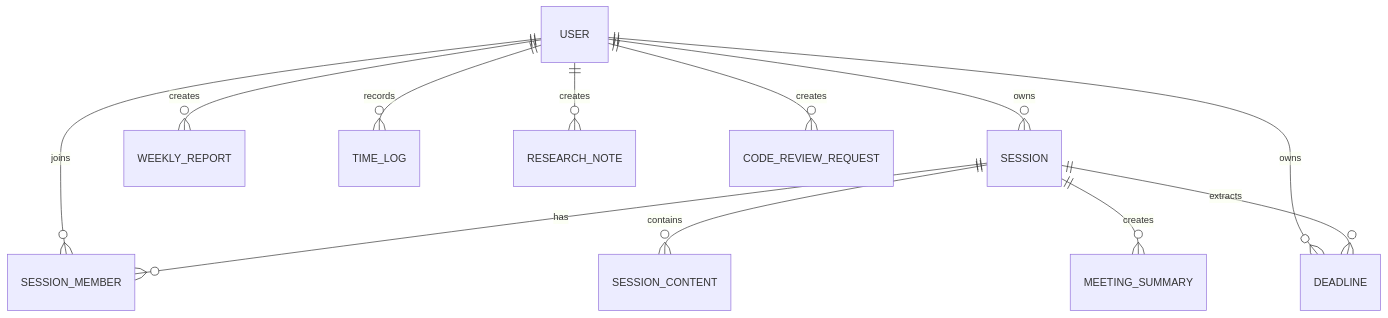
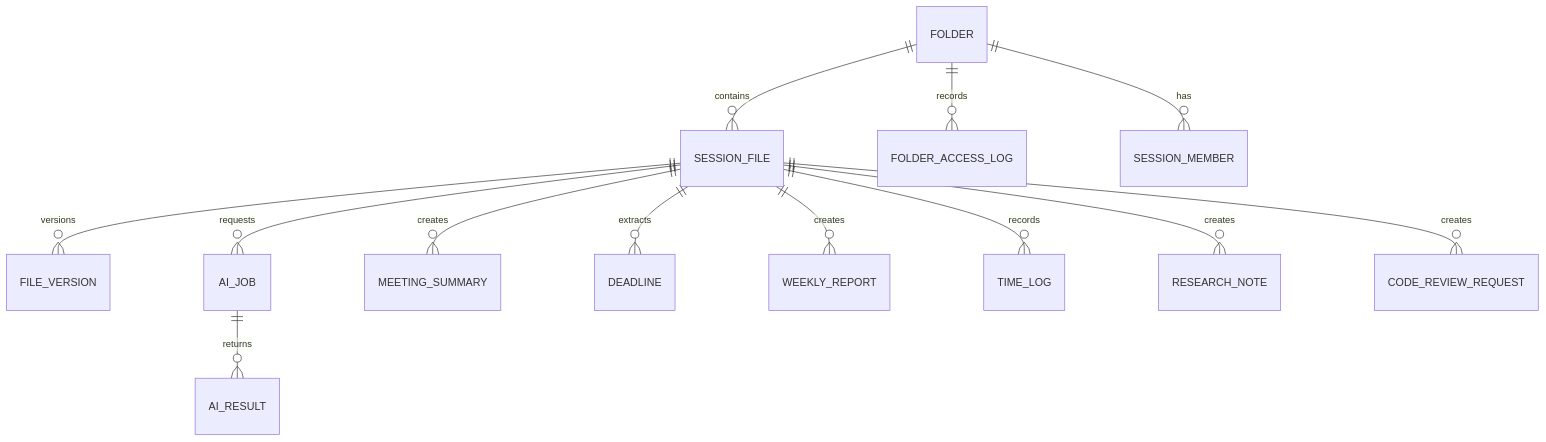
Before and after one commit to heejae101/WorkSync: the diagram in docs/02_design/01_data_design/01_ERD.md, drawn with Mermaid. The commit also changed other lines of this file and 22 other files, not shown here.

````diff
--- a/docs/02_design/01_data_design/01_ERD.md
+++ b/docs/02_design/01_data_design/01_ERD.md
@@ -8,14 +8,15 @@
 ```mermaid
 erDiagram
-    USER ||--o{ SESSION : owns
-    USER ||--o{ SESSION_MEMBER : joins
-    SESSION ||--o{ SESSION_MEMBER : has
-    SESSION ||--o{ SESSION_CONTENT : contains
-    SESSION ||--o{ MEETING_SUMMARY : creates
-    USER ||--o{ DEADLINE : owns
-    SESSION ||--o{ DEADLINE : extracts
-    USER ||--o{ WEEKLY_REPORT : creates
-    USER ||--o{ TIME_LOG : records
-    USER ||--o{ RESEARCH_NOTE : creates
-    USER ||--o{ CODE_REVIEW_REQUEST : creates
+    FOLDER ||--o{ SESSION_FILE : contains
+    FOLDER ||--o{ FOLDER_ACCESS_LOG : records
+    FOLDER ||--o{ SESSION_MEMBER : has
+    SESSION_FILE ||--o{ FILE_VERSION : versions
+    SESSION_FILE ||--o{ AI_JOB : requests
+    AI_JOB ||--o{ AI_RESULT : returns
+    SESSION_FILE ||--o{ MEETING_SUMMARY : creates
+    SESSION_FILE ||--o{ DEADLINE : extracts
+    SESSION_FILE ||--o{ WEEKLY_REPORT : creates
+    SESSION_FILE ||--o{ TIME_LOG : records
+    SESSION_FILE ||--o{ RESEARCH_NOTE : creates
+    SESSION_FILE ||--o{ CODE_REVIEW_REQUEST : creates
 ```
````
